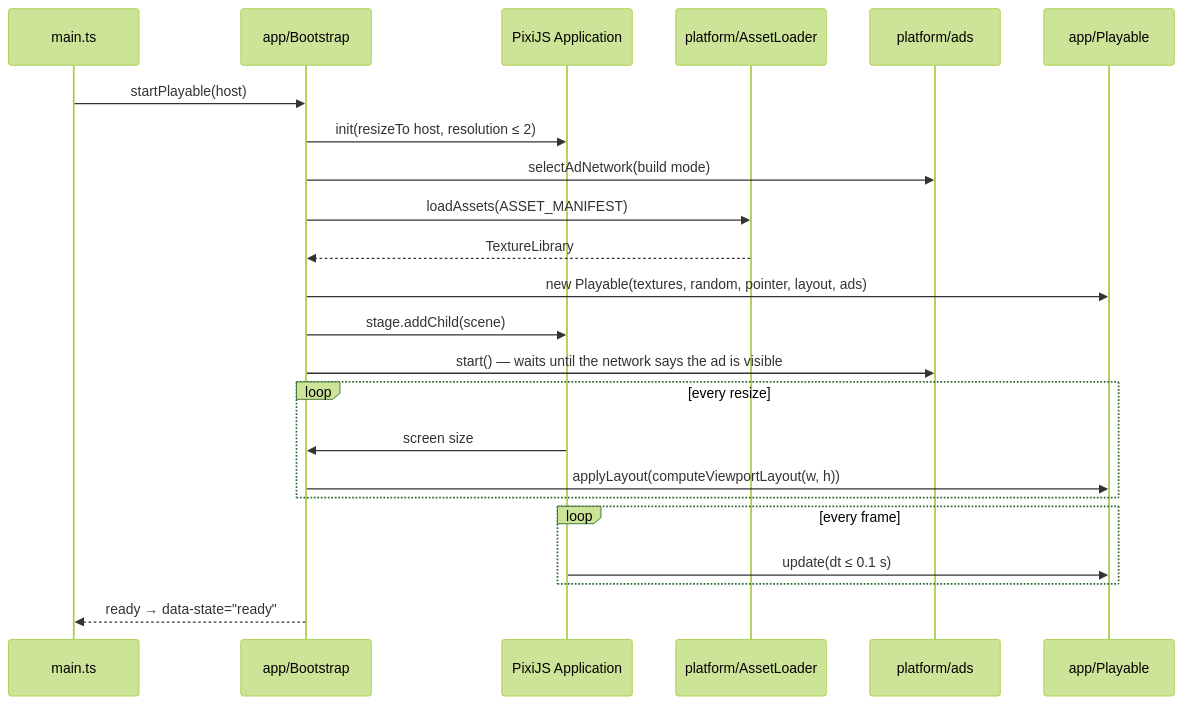
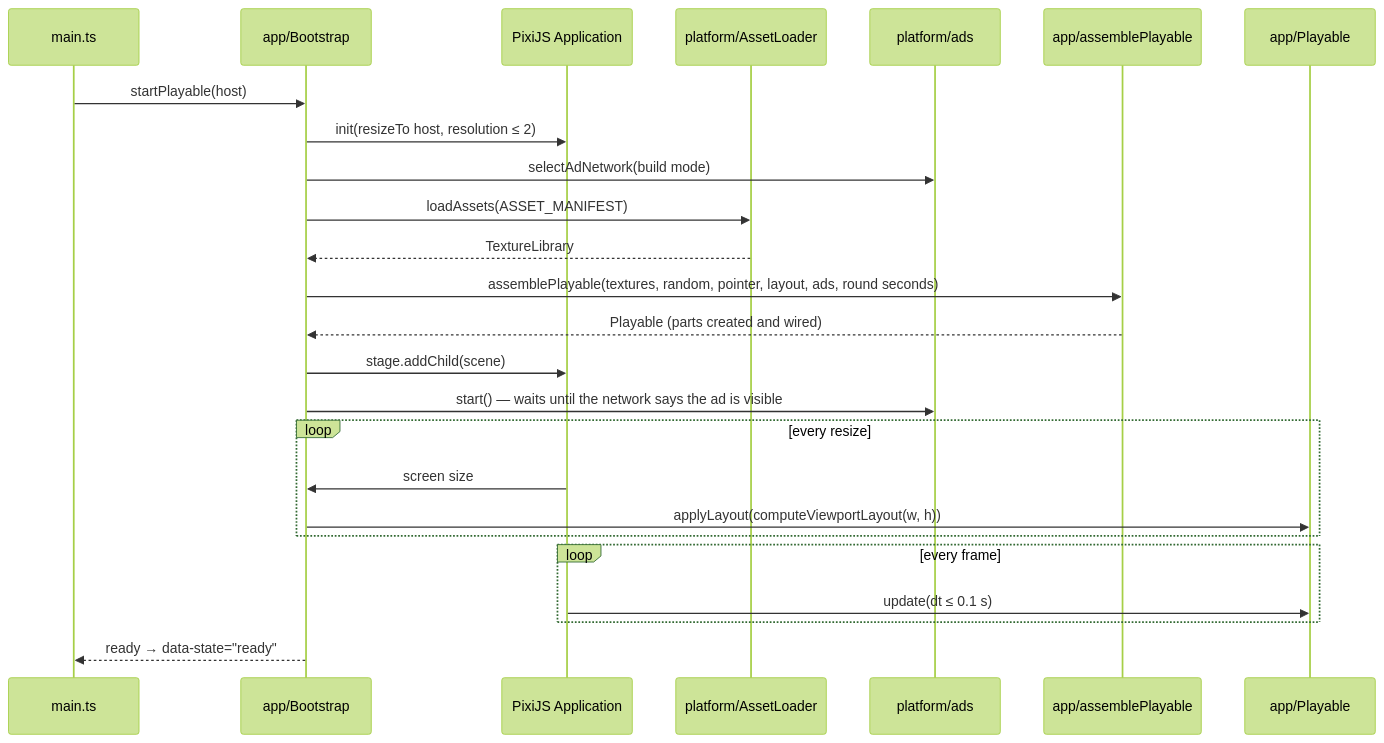
The third of 8 diagrams in README.md (sburdenko/bub-playables-pixi), drawn with Mermaid (forest theme) before and after one commit. The commit also changed other lines of this file and 16 other files, not shown here.

First line of the commit message:
refactor: tighten game interfaces and split Playable into assembly and frame (#18)

````diff
--- a/README.md
+++ b/README.md
@@ -93,26 +93,28 @@
 ```mermaid
 sequenceDiagram
     participant Main as main.ts
     participant Boot as app/Bootstrap
     participant Pixi as PixiJS Application
     participant Loader as platform/AssetLoader
     participant Ads as platform/ads
+    participant Asm as app/assemblePlayable
     participant Game as app/Playable
 
     Main->>Boot: startPlayable(host)
     Boot->>Pixi: init(resizeTo host, resolution ≤ 2)
     Boot->>Ads: selectAdNetwork(build mode)
     Boot->>Loader: loadAssets(ASSET_MANIFEST)
     Loader-->>Boot: TextureLibrary
-    Boot->>Game: new Playable(textures, random, pointer, layout, ads)
+    Boot->>Asm: assemblePlayable(textures, random, pointer, layout, ads, round seconds)
+    Asm-->>Boot: Playable (parts created and wired)
     Boot->>Pixi: stage.addChild(scene)
     Boot->>Ads: start() — waits until the network says the ad is visible
     loop every resize
         Pixi->>Boot: screen size
         Boot->>Game: applyLayout(computeViewportLayout(w, h))
     end
     loop every frame
         Pixi->>Game: update(dt ≤ 0.1 s)
     end
     Boot-->>Main: ready → data-state="ready"
 ```
````
